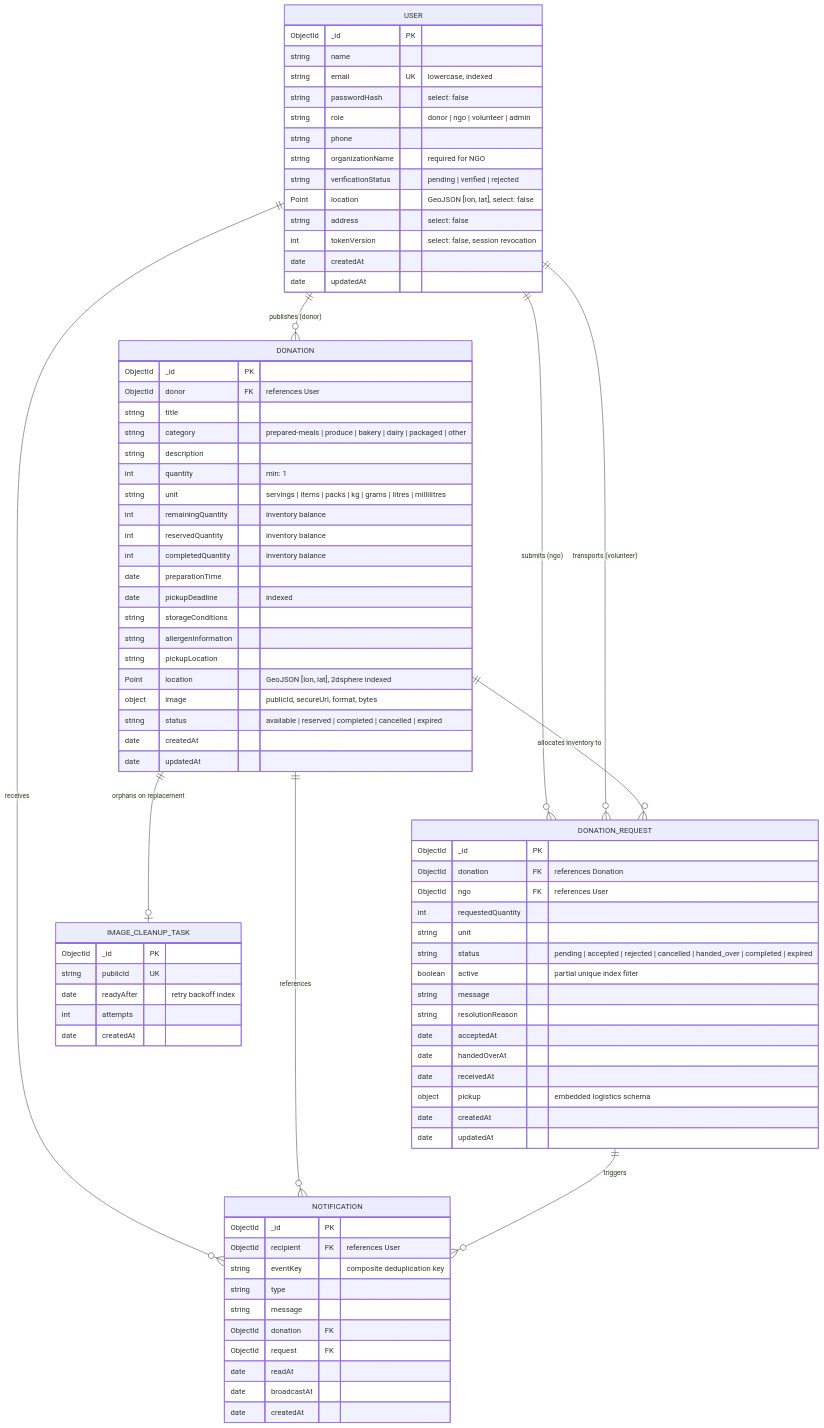
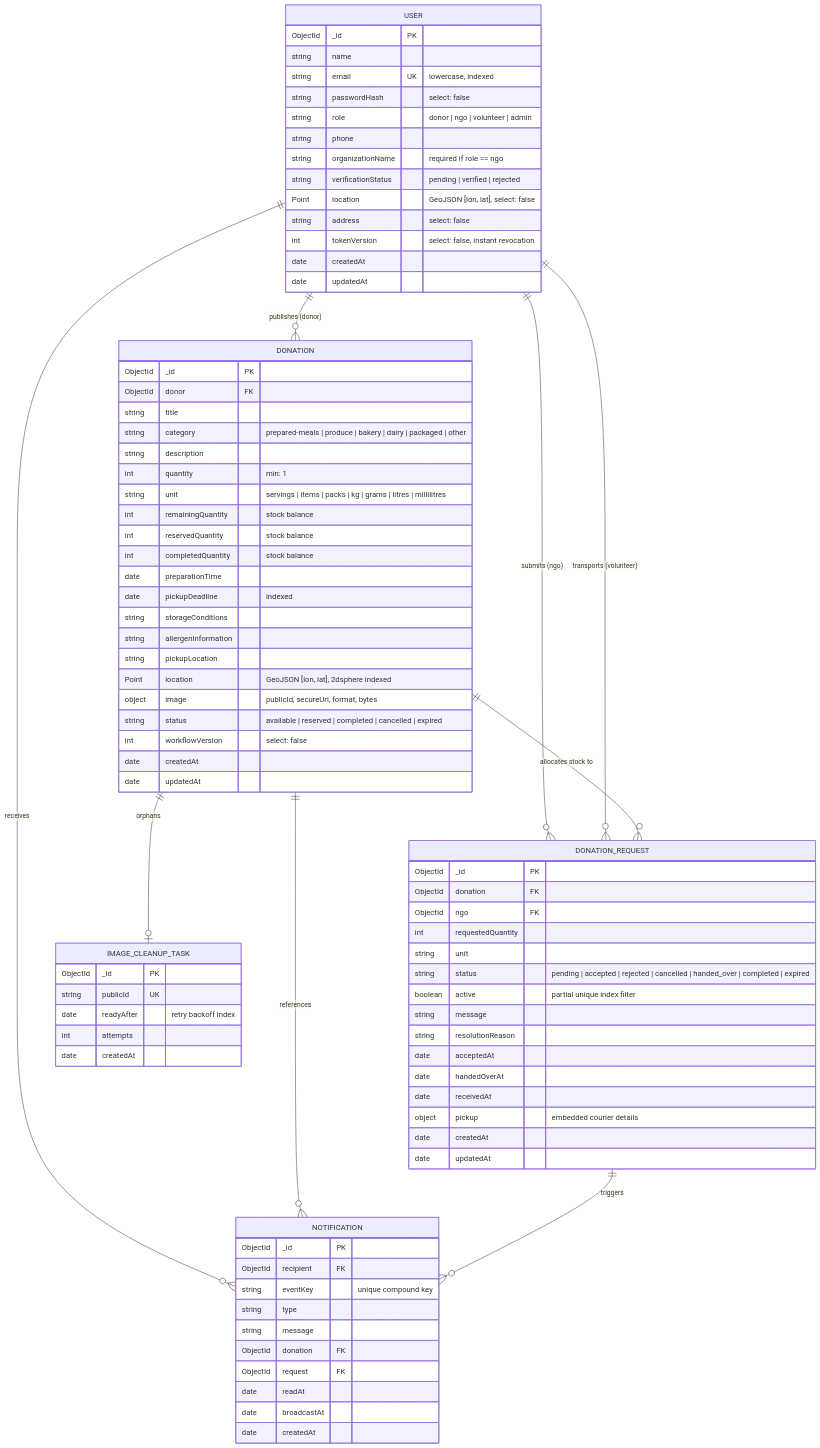
One commit to CodedStars-hub/FoodBridge changed the third of 4 diagrams in README.md. Above: the diagram before and after it, drawn with Mermaid. The commit also changed other lines of this file and 1 other file, not shown here.

```diff
--- a/README.md
+++ b/README.md
@@ -396,10 +444,10 @@
     USER ||--o{ DONATION_REQUEST : "submits (ngo)"
     USER ||--o{ DONATION_REQUEST : "transports (volunteer)"
     USER ||--o{ NOTIFICATION : "receives"
-    DONATION ||--o{ DONATION_REQUEST : "allocates inventory to"
+    DONATION ||--o{ DONATION_REQUEST : "allocates stock to"
     DONATION ||--o{ NOTIFICATION : "references"
     DONATION_REQUEST ||--o{ NOTIFICATION : "triggers"
-    DONATION ||--o| IMAGE_CLEANUP_TASK : "orphans on replacement"
+    DONATION ||--o| IMAGE_CLEANUP_TASK : "orphans"
 
     USER {
         ObjectId _id PK
@@ -408,26 +456,26 @@
         string passwordHash "select: false"
         string role "donor | ngo | volunteer | admin"
         string phone
-        string organizationName "required for NGO"
+        string organizationName "required if role == ngo"
         string verificationStatus "pending | verified | rejected"
         Point location "GeoJSON [lon, lat], select: false"
         string address "select: false"
-        int tokenVersion "select: false, session revocation"
+        int tokenVersion "select: false, instant revocation"
         date createdAt
         date updatedAt
     }
 
     DONATION {
         ObjectId _id PK
-        ObjectId donor FK "references User"
+        ObjectId donor FK
         string title
         string category "prepared-meals | produce | bakery | dairy | packaged | other"
         string description
         int quantity "min: 1"
         string unit "servings | items | packs | kg | grams | litres | millilitres"
-        int remainingQuantity "inventory balance"
-        int reservedQuantity "inventory balance"
-        int completedQuantity "inventory balance"
+        int remainingQuantity "stock balance"
+        int reservedQuantity "stock balance"
+        int completedQuantity "stock balance"
         date preparationTime
         date pickupDeadline "indexed"
         string storageConditions
@@ -436,14 +484,15 @@
         Point location "GeoJSON [lon, lat], 2dsphere indexed"
         object image "publicId, secureUrl, format, bytes"
         string status "available | reserved | completed | cancelled | expired"
+        int workflowVersion "select: false"
         date createdAt
         date updatedAt
     }
 
     DONATION_REQUEST {
         ObjectId _id PK
-        ObjectId donation FK "references Donation"
-        ObjectId ngo FK "references User"
+        ObjectId donation FK
+        ObjectId ngo FK
         int requestedQuantity
         string unit
         string status "pending | accepted | rejected | cancelled | handed_over | completed | expired"
@@ -453,15 +502,15 @@
         date acceptedAt
         date handedOverAt
         date receivedAt
-        object pickup "embedded logistics schema"
+        object pickup "embedded courier details"
         date createdAt
         date updatedAt
     }
 
     NOTIFICATION {
         ObjectId _id PK
-        ObjectId recipient FK "references User"
-        string eventKey "composite deduplication key"
+        ObjectId recipient FK
+        string eventKey "unique compound key"
         string type
         string message
         ObjectId donation FK
```
